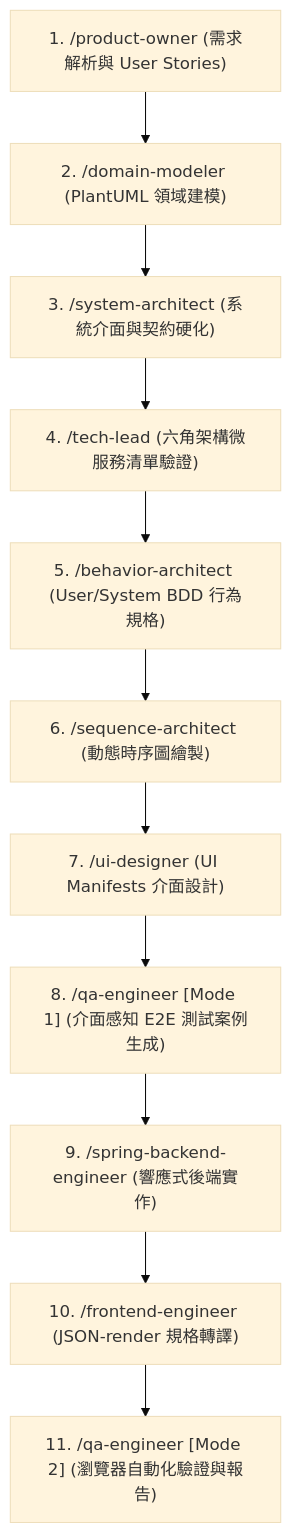
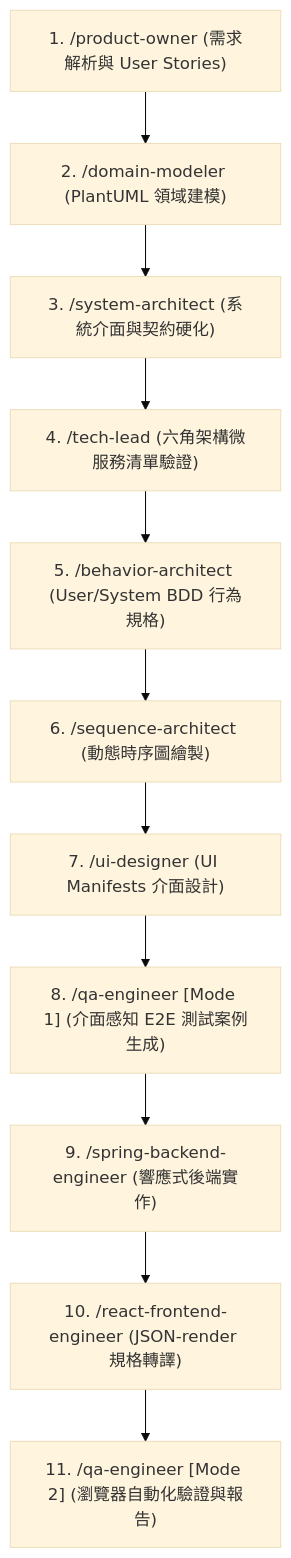
One commit to linuschien/score-assistant changed the diagram in README.md. Above: the diagram before and after it, drawn with Mermaid (base theme). The commit also changed other lines of this file and 1 other file, not shown here.

Commit message:
docs: update project documentation in README.md

````diff
--- a/README.md
+++ b/README.md
@@ -44,16 +44,16 @@
 ```mermaid
 graph TD
     PO["1. /product-owner (需求解析與 User Stories)"]
     DM["2. /domain-modeler (PlantUML 領域建模)"]
     SysA["3. /system-architect (系統介面與契約硬化)"]
     TL["4. /tech-lead (六角架構微服務清單驗證)"]
     BA["5. /behavior-architect (User/System BDD 行為規格)"]
     SA["6. /sequence-architect (動態時序圖繪製)"]
     UID["7. /ui-designer (UI Manifests 介面設計)"]
     QA1["8. /qa-engineer [Mode 1] (介面感知 E2E 測試案例生成)"]
     BE["9. /spring-backend-engineer (響應式後端實作)"]
-    FE["10. /frontend-engineer (JSON-render 規格轉譯)"]
+    FE["10. /react-frontend-engineer (JSON-render 規格轉譯)"]
     QA2["11. /qa-engineer [Mode 2] (瀏覽器自動化驗證與報告)"]
 
     PO --> DM --> SysA --> TL --> BA --> SA --> UID --> QA1 --> BE --> FE --> QA2
 ```
````
